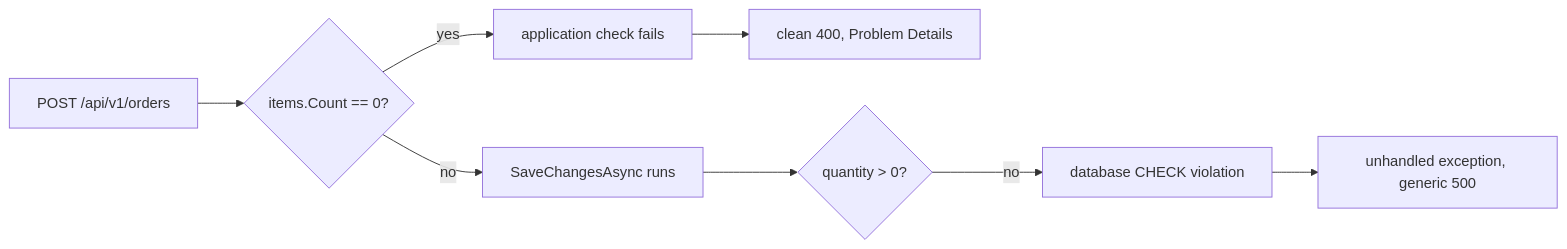
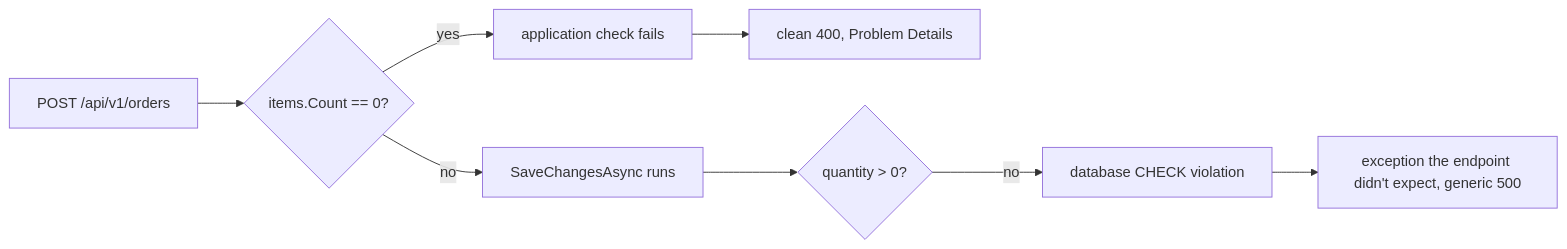
The diagram in content/tracks/backend/validation-errors-logging/backend.l1.validating-input.en.md (duyan11110/lo-trinh-architect), drawn with Mermaid before and after one commit. The commit also changed other lines of this file and 4 other files, not shown here.

````diff
--- a/content/tracks/backend/validation-errors-logging/backend.l1.validating-input.en.md
+++ b/content/tracks/backend/validation-errors-logging/backend.l1.validating-input.en.md
@@ -41,10 +41,10 @@
 ```mermaid
 flowchart LR
   A[POST /api/v1/orders] --> B{items.Count == 0?}
   B -->|yes| C[application check fails]
   C --> D[clean 400, Problem Details]
   B -->|no| E[SaveChangesAsync runs]
   E --> F{quantity > 0?}
   F -->|no| G[database CHECK violation]
-  G --> H[unhandled exception, generic 500]
+  G --> H[exception the endpoint didn't expect, generic 500]
 ```
````
